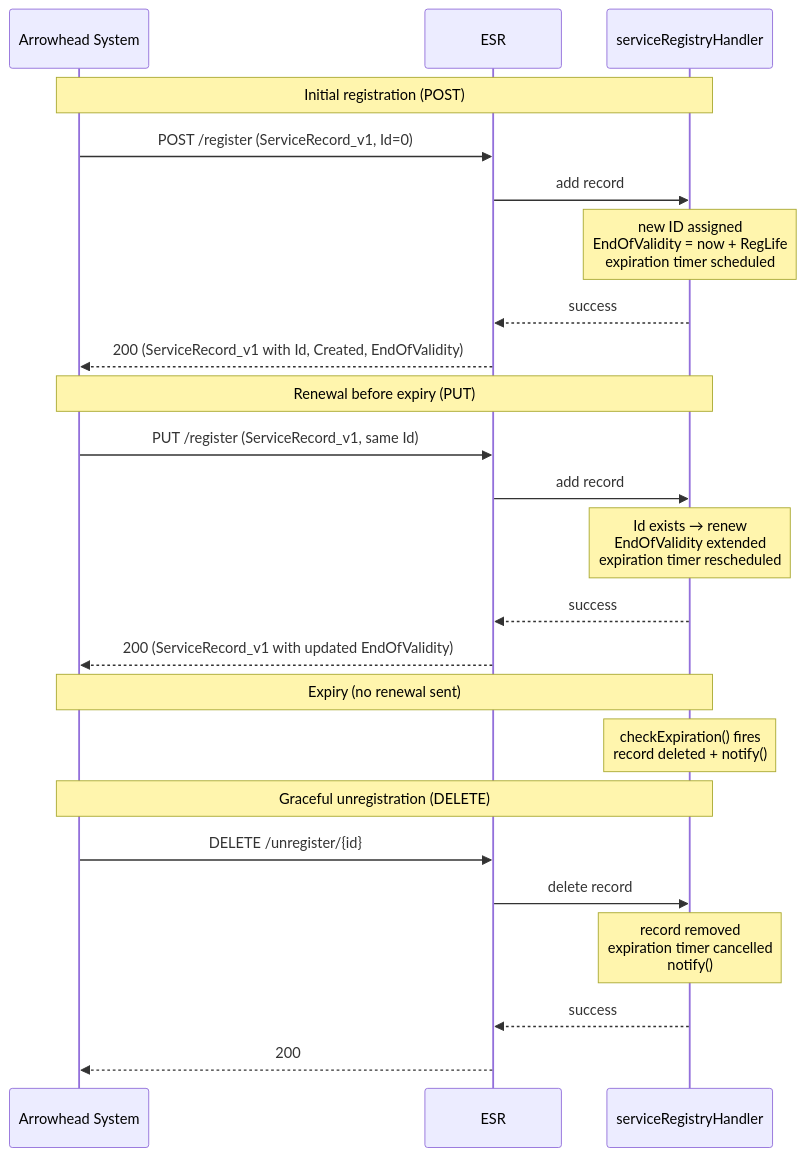
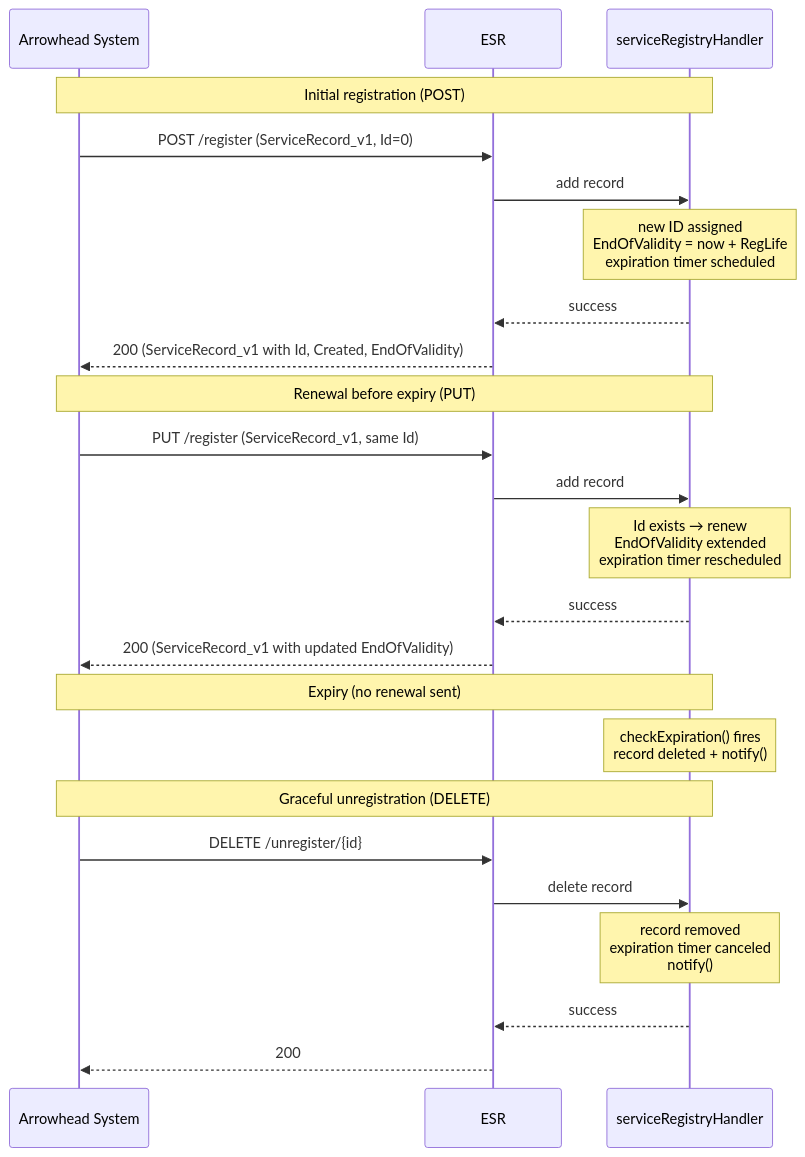
Before and after one commit to sdoque/systems: the first of 2 diagrams in esr/README.md, drawn with Mermaid. The commit also changed 36 other files, not shown here.

````diff
--- a/esr/README.md
+++ b/esr/README.md
@@ -31,34 +31,34 @@
 ```mermaid
 sequenceDiagram
     participant System as Arrowhead System
     participant ESR
     participant Registry as serviceRegistryHandler
 
     Note over System,Registry: Initial registration (POST)
 
     System->>ESR: POST /register  (ServiceRecord_v1, Id=0)
     ESR->>Registry: add record
     Note over Registry: new ID assigned<br/>EndOfValidity = now + RegLife<br/>expiration timer scheduled
     Registry-->>ESR: success
     ESR-->>System: 200  (ServiceRecord_v1 with Id, Created, EndOfValidity)
 
     Note over System,Registry: Renewal before expiry (PUT)
 
     System->>ESR: PUT /register  (ServiceRecord_v1, same Id)
     ESR->>Registry: add record
     Note over Registry: Id exists → renew<br/>EndOfValidity extended<br/>expiration timer rescheduled
     Registry-->>ESR: success
     ESR-->>System: 200  (ServiceRecord_v1 with updated EndOfValidity)
 
     Note over System,Registry: Expiry (no renewal sent)
 
     Note over Registry: checkExpiration() fires<br/>record deleted + notify()
 
     Note over System,Registry: Graceful unregistration (DELETE)
 
     System->>ESR: DELETE /unregister/{id}
     ESR->>Registry: delete record
-    Note over Registry: record removed<br/>expiration timer cancelled<br/>notify()
+    Note over Registry: record removed<br/>expiration timer canceled<br/>notify()
     Registry-->>ESR: success
     ESR-->>System: 200
 ```
````
